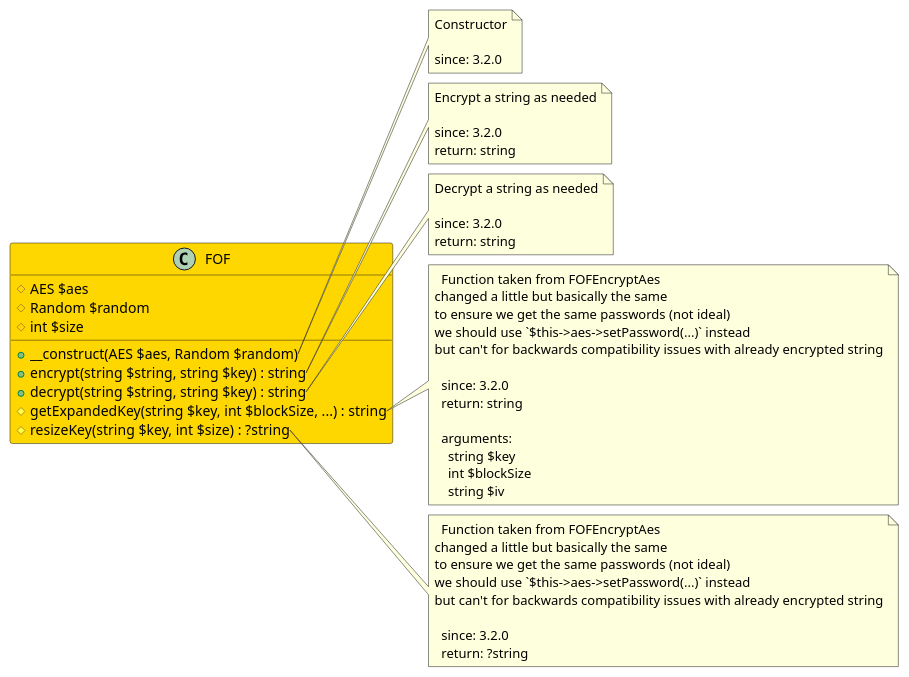
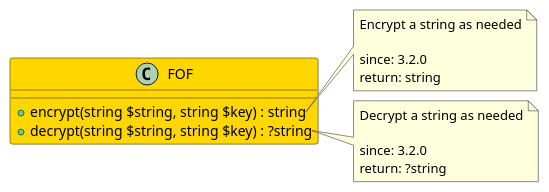
The diagram in src/e98b4edc-25b9-49d7-98a0-e42ad3b75efe/README.md (joomengine/phpseclib), drawn with PlantUML before and after one commit. The commit also changed 23 other files, not shown here.

````diff
--- a/src/e98b4edc-25b9-49d7-98a0-e42ad3b75efe/README.md
+++ b/src/e98b4edc-25b9-49d7-98a0-e42ad3b75efe/README.md
@@ -11,62 +11,23 @@
 ```uml
 @startuml
 class FOF  #Gold {
-  # AES $aes
-  # Random $random
-  # int $size
-  + __construct(AES $aes, Random $random)
   + encrypt(string $string, string $key) : string
-  + decrypt(string $string, string $key) : string
-  # getExpandedKey(string $key, int $blockSize, ...) : string
-  # resizeKey(string $key, int $size) : ?string
+  + decrypt(string $string, string $key) : ?string
 }
-
-note right of FOF::__construct
-  Constructor
-
-  since: 3.2.0
-end note
 
 note right of FOF::encrypt
   Encrypt a string as needed
 
   since: 3.2.0
   return: string
 end note
 
 note right of FOF::decrypt
   Decrypt a string as needed
 
   since: 3.2.0
-  return: string
-end note
-
-note right of FOF::getExpandedKey
-  Function taken from FOFEncryptAes
-changed a little but basically the same
-to ensure we get the same passwords (not ideal)
-we should use `$this->aes->setPassword(...)` instead
-but can't for backwards compatibility issues with already encrypted string
-
-  since: 3.2.0
-  return: string
-  
-  arguments:
-    string $key
-    int $blockSize
-    string $iv
-end note
-
-note right of FOF::resizeKey
-  Function taken from FOFEncryptAes
-changed a little but basically the same
-to ensure we get the same passwords (not ideal)
-we should use `$this->aes->setPassword(...)` instead
-but can't for backwards compatibility issues with already encrypted string
-
-  since: 3.2.0
   return: ?string
 end note
  
 @enduml
 ```
````
